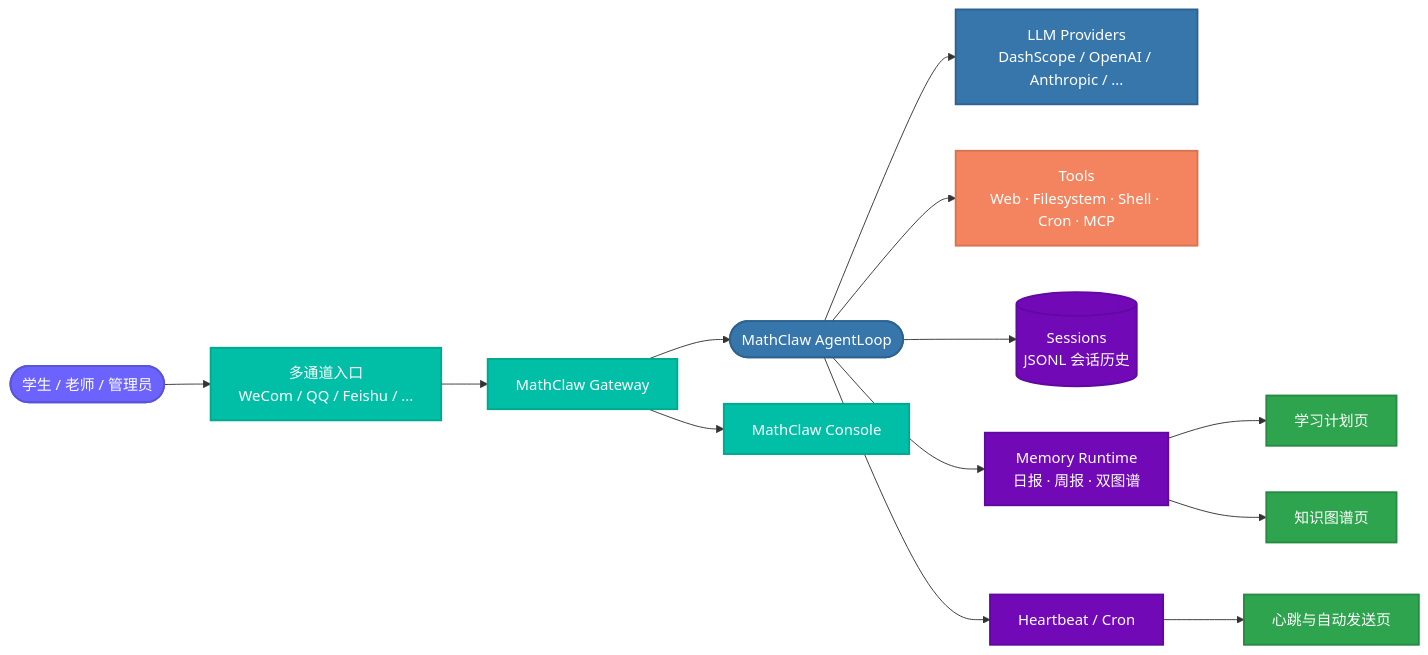
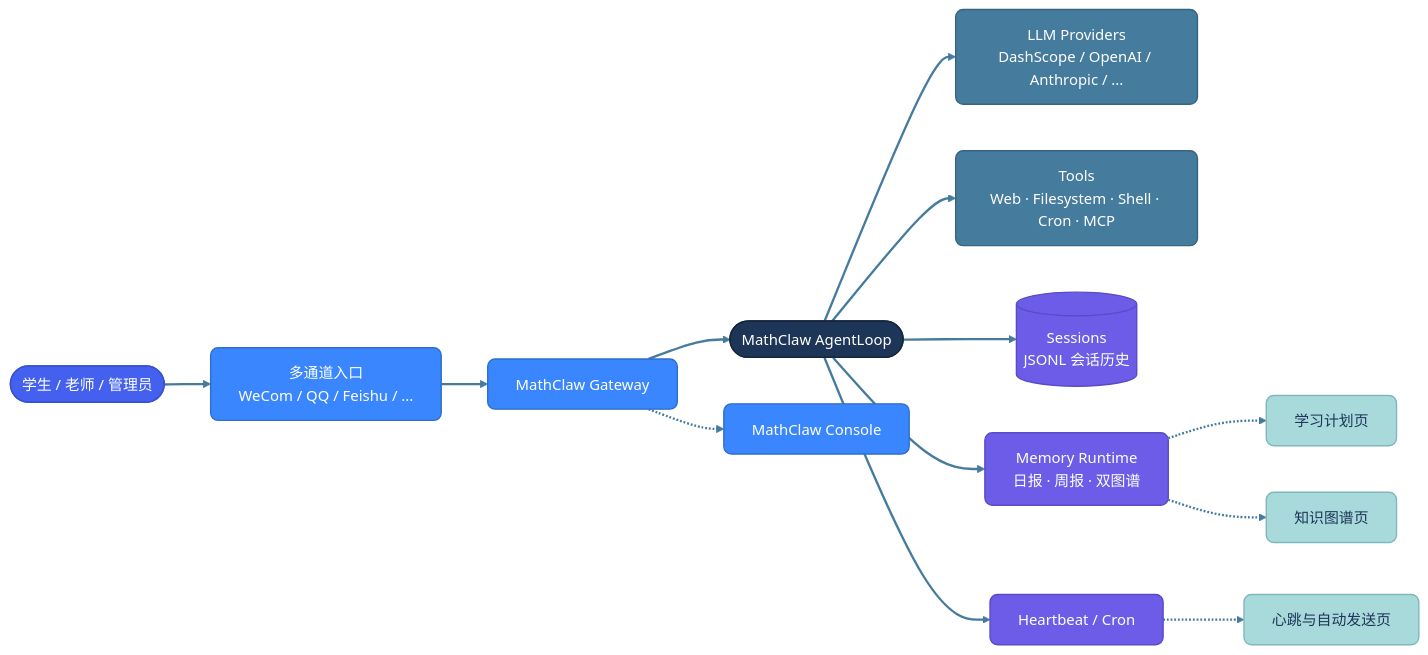
The first of 2 diagrams in README.md (MathClaw-ruc/MathClaw), drawn with Mermaid before and after one commit.

Commit message:
style: refine architecture diagram colors and arrows

````diff
--- a/README.md
+++ b/README.md
@@ -54,36 +54,38 @@
 ```mermaid
 flowchart LR
-    classDef user fill:#6C63FF,stroke:#5a54d9,color:#fff,stroke-width:2px
-    classDef gateway fill:#00BFA6,stroke:#00a890,color:#fff,stroke-width:2px
-    classDef core fill:#3776AB,stroke:#2d6290,color:#fff,stroke-width:2px
-    classDef tool fill:#F4845F,stroke:#d9734f,color:#fff,stroke-width:2px
-    classDef store fill:#7209B7,stroke:#6008a0,color:#fff,stroke-width:2px
-    classDef output fill:#2EA44F,stroke:#278a42,color:#fff,stroke-width:2px
+    classDef user fill:#4361ee,stroke:#3651d4,color:#fff,stroke-width:1.5px,rx:8
+    classDef channel fill:#3a86ff,stroke:#2e6ecc,color:#fff,stroke-width:1.5px,rx:8
+    classDef core fill:#1d3557,stroke:#15263f,color:#fff,stroke-width:1.5px,rx:8
+    classDef service fill:#457b9d,stroke:#376482,color:#fff,stroke-width:1.5px,rx:8
+    classDef store fill:#6c5ce7,stroke:#5a4bc6,color:#fff,stroke-width:1.5px,rx:8
+    classDef output fill:#a8dadc,stroke:#7fb8ba,color:#1d3557,stroke-width:1.5px,rx:8
 
     A(["学生 / 老师 / 管理员"]):::user
-    B["多通道入口<br/>WeCom / QQ / Feishu / ..."]:::gateway
-    C["MathClaw Gateway"]:::gateway
+    B["多通道入口<br/>WeCom / QQ / Feishu / ..."]:::channel
+    C["MathClaw Gateway"]:::channel
     D(["MathClaw AgentLoop"]):::core
 
-    E["LLM Providers<br/>DashScope / OpenAI / Anthropic / ..."]:::core
-    F["Tools<br/>Web · Filesystem · Shell · Cron · MCP"]:::tool
+    E["LLM Providers<br/>DashScope / OpenAI / Anthropic / ..."]:::service
+    F["Tools<br/>Web · Filesystem · Shell · Cron · MCP"]:::service
     G[("Sessions<br/>JSONL 会话历史")]:::store
     H["Memory Runtime<br/>日报 · 周报 · 双图谱"]:::store
     I["Heartbeat / Cron"]:::store
 
     J["学习计划页"]:::output
     K["知识图谱页"]:::output
     L["心跳与自动发送页"]:::output
-    M["MathClaw Console"]:::gateway
+    M["MathClaw Console"]:::channel
 
-    A --> B --> C --> D
-    C --> M
-    D --> E
-    D --> F
-    D --> G
-    D --> H
-    D --> I
-    H --> J
-    H --> K
-    I --> L
+    A ==> B ==> C ==> D
+    C -.-> M
+    D ==> E
+    D ==> F
+    D ==> G
+    D ==> H
+    D ==> I
+    H -.-> J
+    H -.-> K
+    I -.-> L
+
+    linkStyle default stroke:#457b9d,stroke-width:2.5px
 ```
````
